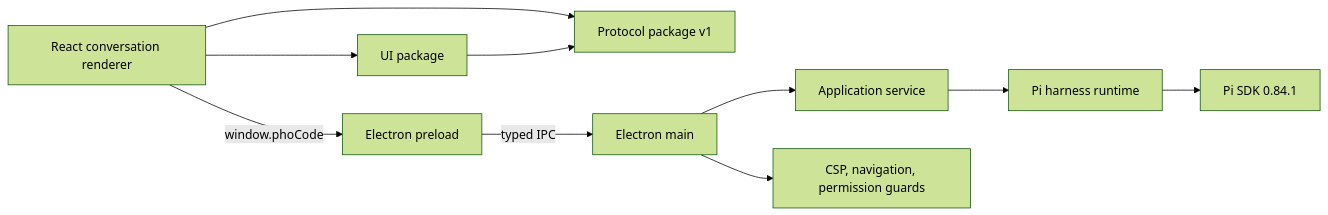
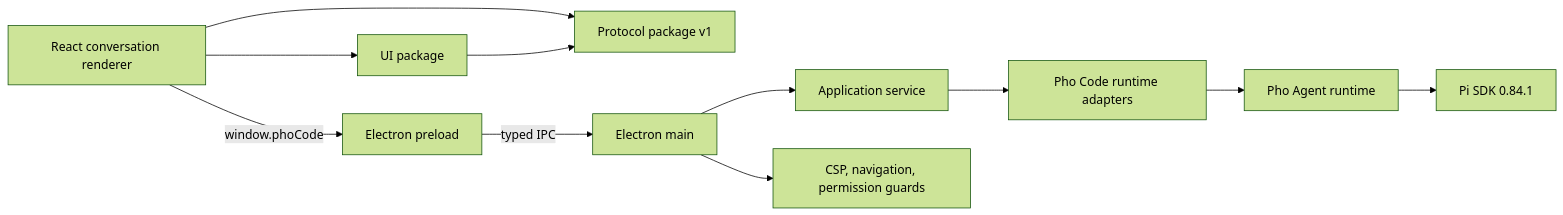
Before and after one commit to vietfood/pho-code: the first of 2 diagrams in docs/architecture/overview.md, drawn with Mermaid (forest theme). The commit also changed other lines of this file and 93 other files, not shown here.

Commit message:
feat: establish reusable Pho Agent foundation

````diff
--- a/docs/architecture/overview.md
+++ b/docs/architecture/overview.md
@@ -35,12 +37,13 @@
 ```mermaid
 flowchart LR
     Renderer["React conversation renderer"] --> UI["UI package"]
     Renderer --> Protocol["Protocol package v1"]
     UI --> Protocol
     Renderer -->|"window.phoCode"| Preload["Electron preload"]
     Preload -->|"typed IPC"| Main["Electron main"]
     Main --> Application["Application service"]
-    Application --> Runtime["Pi harness runtime"]
-    Runtime --> Pi["Pi SDK 0.84.1"]
+    Application --> Runtime["Pho Code runtime adapters"]
+    Runtime --> AgentRuntime["Pho Agent runtime"]
+    AgentRuntime --> Pi["Pi SDK 0.84.1"]
     Main --> Security["CSP, navigation, permission guards"]
 ```
````
